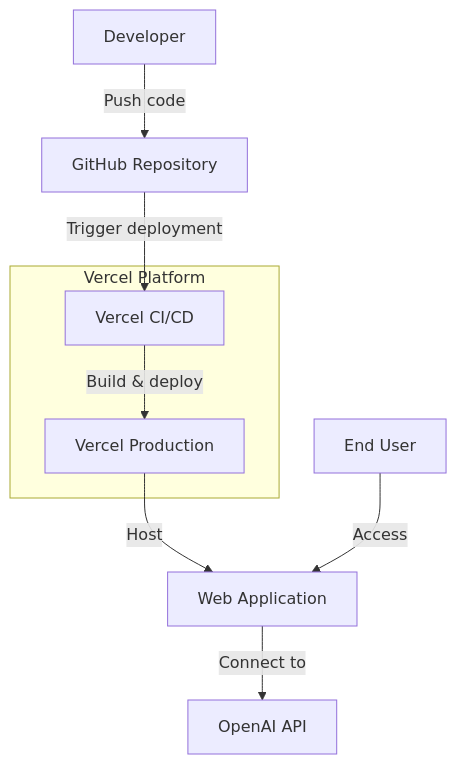
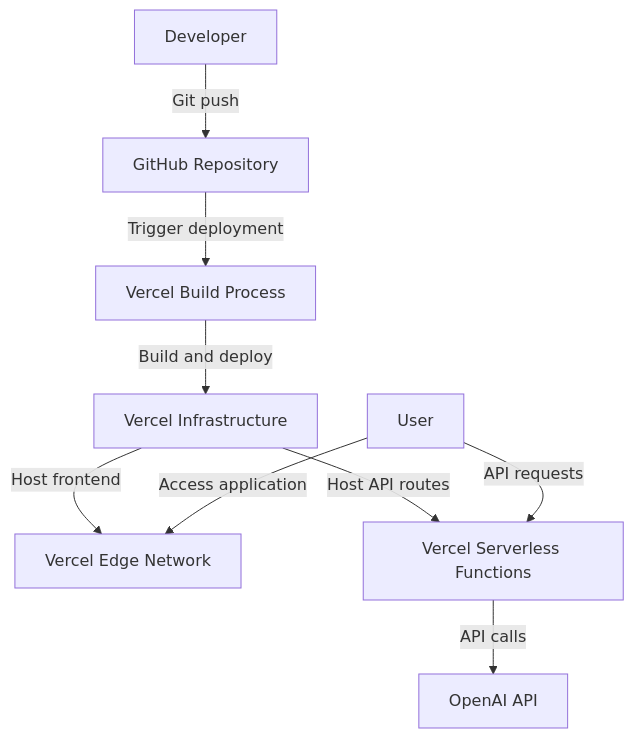
The third of 4 diagrams in examples/github-sec-design-screenshot-to-code-anthropicclaude-3.7-sonnetthinking.md (xvnpw/ai-security-analyzer), drawn with Mermaid before and after one commit. The commit also changed other lines of this file and 30 other files, not shown here.

````diff
--- a/examples/github-sec-design-screenshot-to-code-anthropicclaude-3.7-sonnetthinking.md
+++ b/examples/github-sec-design-screenshot-to-code-anthropicclaude-3.7-sonnetthinking.md
@@ -149,14 +119,11 @@
 ```mermaid
 graph TD
-    Developer[Developer] -->|Push code| GitHub[GitHub Repository]
-    GitHub -->|Trigger deployment| VercelCI[Vercel CI/CD]
-    VercelCI -->|Build & deploy| VercelProd[Vercel Production]
-    VercelProd -->|Host| WebApp[Web Application]
-    WebApp -->|Connect to| OpenAI[OpenAI API]
-    User[End User] -->|Access| WebApp
-
-    subgraph "Vercel Platform"
-        VercelCI
-        VercelProd
-    end
+    Developer[Developer] -->|Git push| GitHubRepo[GitHub Repository]
+    GitHubRepo -->|Trigger deployment| VercelBuild[Vercel Build Process]
+    VercelBuild -->|Build and deploy| VercelInfra[Vercel Infrastructure]
+    VercelInfra -->|Host frontend| VercelEdge[Vercel Edge Network]
+    VercelInfra -->|Host API routes| VercelServerless[Vercel Serverless Functions]
+    VercelServerless -->|API calls| OpenAI[OpenAI API]
+    User[User] -->|Access application| VercelEdge
+    User -->|API requests| VercelServerless
 ```
````
